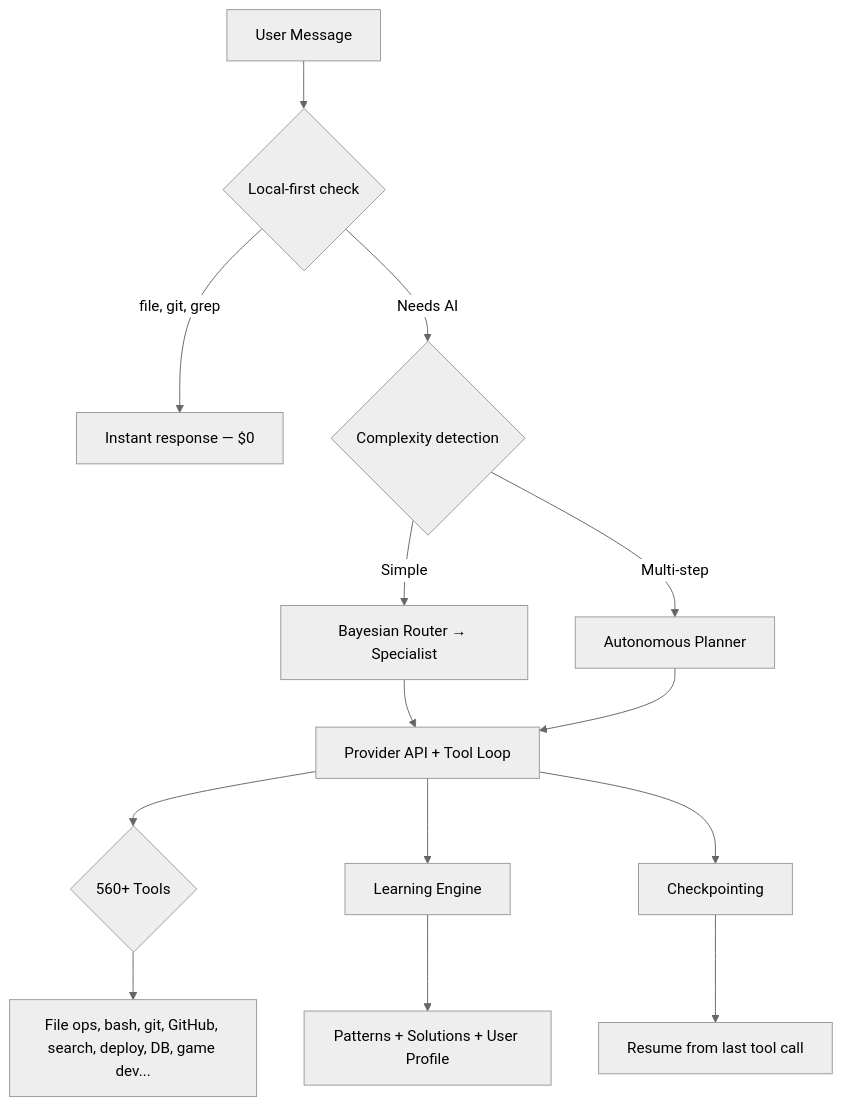
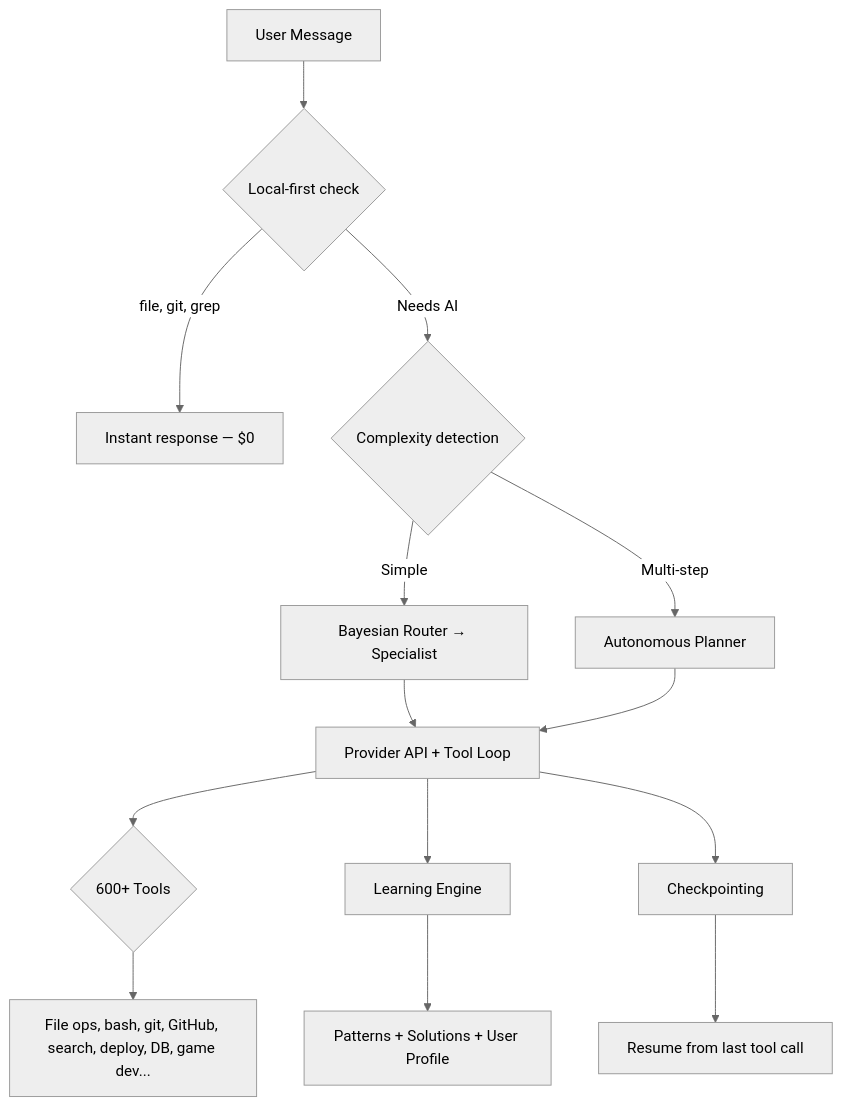
One commit to isaacsight/kernel changed the diagram in README.md. Above: the diagram before and after it, drawn with Mermaid (neutral theme). The commit also changed other lines of this file and 38 other files, not shown here.

````diff
--- a/README.md
+++ b/README.md
@@ -177,16 +177,16 @@
 ```mermaid
 graph TD
     A[User Message] --> B{Local-first check}
     B -->|file, git, grep| C[Instant response — $0]
     B -->|Needs AI| D{Complexity detection}
     D -->|Simple| E[Bayesian Router → Specialist]
     D -->|Multi-step| F[Autonomous Planner]
     E --> G[Provider API + Tool Loop]
     F --> G
-    G --> H{560+ Tools}
+    G --> H{600+ Tools}
     H --> I[File ops, bash, git, GitHub, search, deploy, DB, game dev...]
     G --> J[Learning Engine]
     J --> K[Patterns + Solutions + User Profile]
     G --> L[Checkpointing]
     L --> M[Resume from last tool call]
 ```
````
